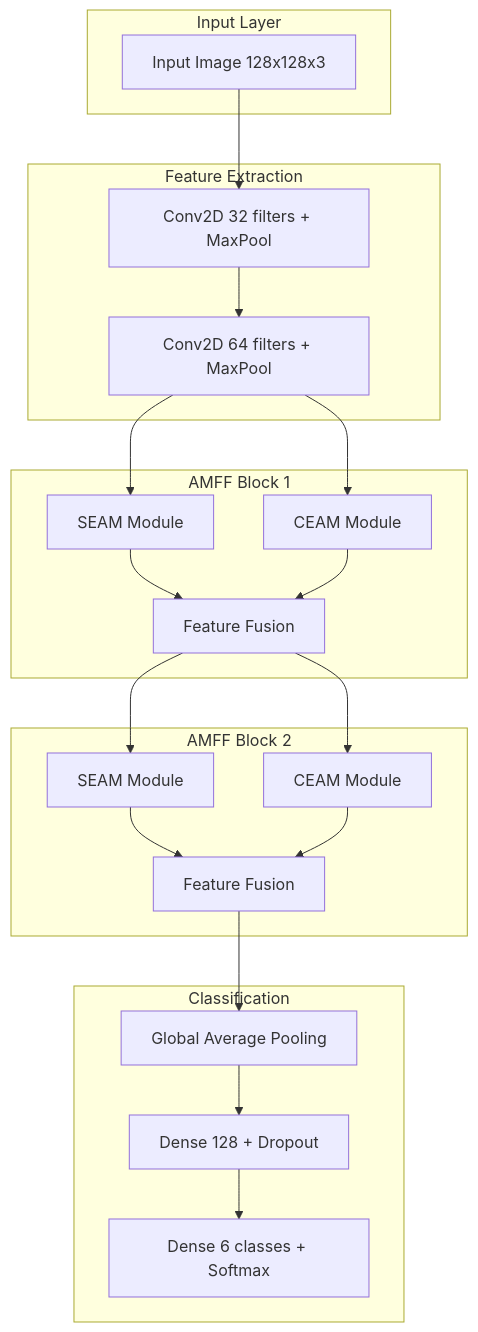
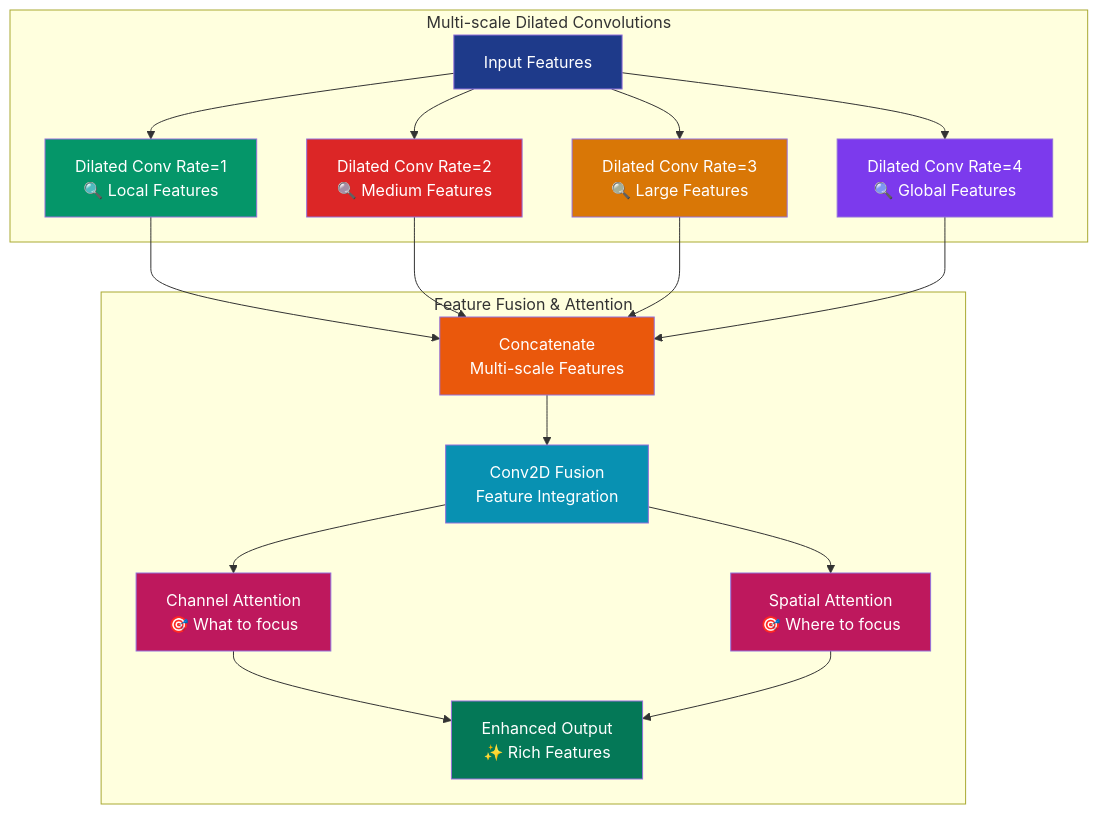
Before and after one commit to RiteshKumar2e/Steel_Surface_Defect_NEU_DET-DATASET: the fifth of 6 diagrams in README.md, drawn with Mermaid. The commit also changed other lines of this file, not shown here.

````diff
--- a/README.md
+++ b/README.md
@@ -437,43 +481,38 @@
 ```mermaid
-flowchart TB
-    subgraph "Input Layer"
-        A[Input Image 128x128x3]
+graph TD
+    subgraph "Multi-scale Dilated Convolutions"
+        A[Input Features] --> B[Dilated Conv Rate=1<br/>🔍 Local Features]
+        A --> C[Dilated Conv Rate=2<br/>🔍 Medium Features] 
+        A --> D[Dilated Conv Rate=3<br/>🔍 Large Features]
+        A --> E[Dilated Conv Rate=4<br/>🔍 Global Features]
     end
     
-    subgraph "Feature Extraction"
-        B[Conv2D 32 filters + MaxPool]
-        C[Conv2D 64 filters + MaxPool]
+    subgraph "Feature Fusion & Attention"
+        F[Concatenate<br/>Multi-scale Features]
+        G[Conv2D Fusion<br/>Feature Integration]
+        H[Channel Attention<br/>🎯 What to focus]
+        I[Spatial Attention<br/>🎯 Where to focus]
+        J[Enhanced Output<br/>✨ Rich Features]
     end
     
-    subgraph "AMFF Block 1"
-        D[SEAM Module]
-        E[CEAM Module]
-        F[Feature Fusion]
-    end
-    
-    subgraph "AMFF Block 2"
-        G[SEAM Module]
-        H[CEAM Module]
-        I[Feature Fusion]
-    end
-    
-    subgraph "Classification"
-        J[Global Average Pooling]
-        K[Dense 128 + Dropout]
-        L[Dense 6 classes + Softmax]
-    end
-    
-    A --> B
-    B --> C
-    C --> D
-    C --> E
+    B --> F
+    C --> F  
     D --> F
     E --> F
     F --> G
-    F --> H
+    G --> H
     G --> I
-    H --> I
+    H --> J
     I --> J
-    J --> K
-    K --> L
+
+style A fill:#1e3a8a,color:#fff
+style B fill:#059669,color:#fff
+style C fill:#dc2626,color:#fff  
+style D fill:#d97706,color:#fff
+style E fill:#7c3aed,color:#fff
+style F fill:#ea580c,color:#fff
+style G fill:#0891b2,color:#fff
+style H fill:#be185d,color:#fff
+style I fill:#be185d,color:#fff
+style J fill:#047857,color:#fff
 ```
````
